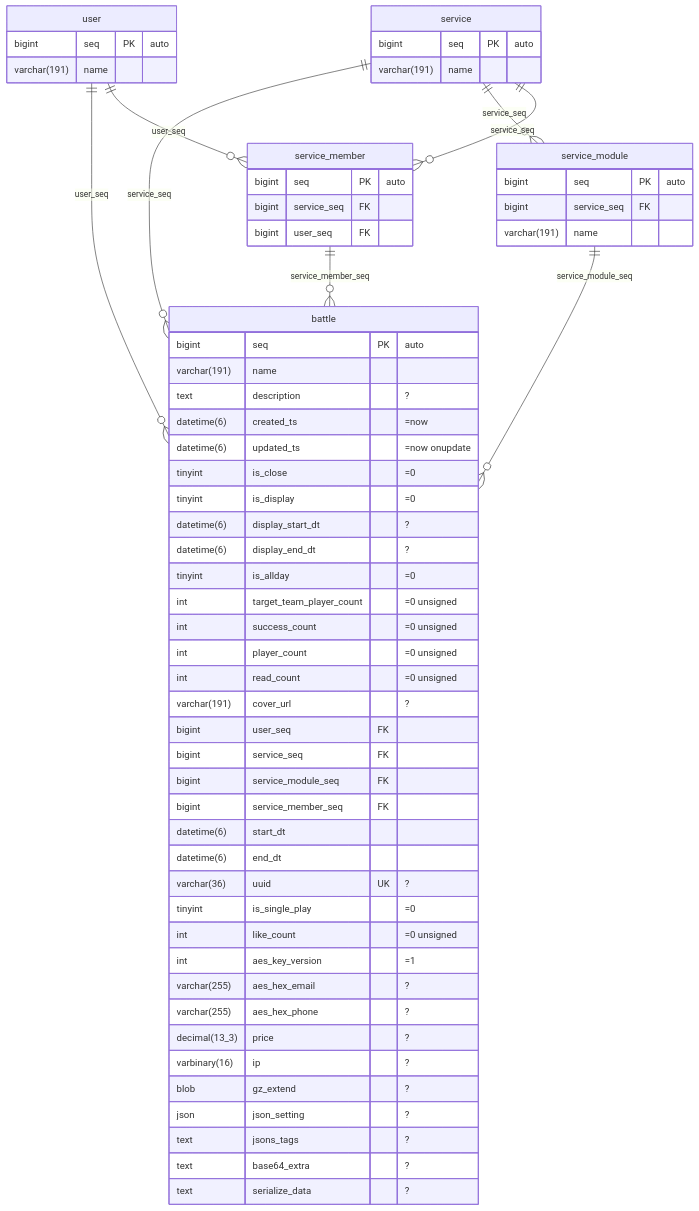
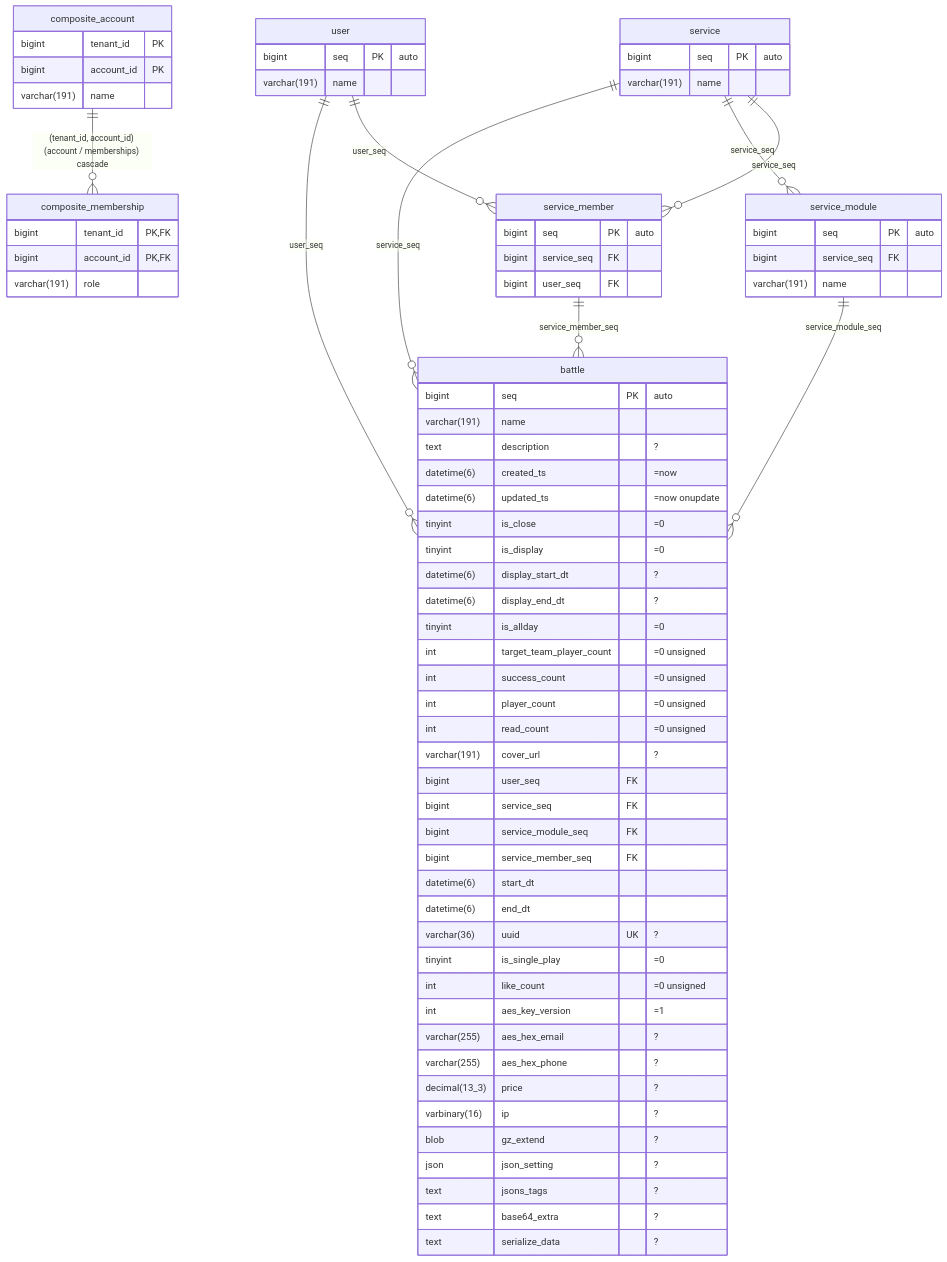
Before and after one commit to polyspec/orm: the diagram in schema/bench.mmd, drawn with Mermaid. The commit also changed 85 other files, not shown here.

```diff
--- a/schema/bench.mmd
+++ b/schema/bench.mmd
@@ -1,71 +1,82 @@
 erDiagram
   battle {
     bigint        seq                      PK  "auto"
     varchar(191)  name
     text          description                  "?"
     datetime(6)   created_ts                   "=now"
     datetime(6)   updated_ts                   "=now onupdate"
     tinyint       is_close                     "=0"
     tinyint       is_display                   "=0"
     datetime(6)   display_start_dt             "?"
     datetime(6)   display_end_dt               "?"
     tinyint       is_allday                    "=0"
     int           target_team_player_count     "=0 unsigned"
     int           success_count                "=0 unsigned"
     int           player_count                 "=0 unsigned"
     int           read_count                   "=0 unsigned"
     varchar(191)  cover_url                    "?"
     bigint        user_seq                 FK
     bigint        service_seq              FK
     bigint        service_module_seq       FK
     bigint        service_member_seq       FK
     datetime(6)   start_dt
     datetime(6)   end_dt
     varchar(36)   uuid                     UK  "?"
     tinyint       is_single_play               "=0"
     int           like_count                   "=0 unsigned"
     int           aes_key_version              "=1"
     varchar(255)  aes_hex_email                "?"
     varchar(255)  aes_hex_phone                "?"
     decimal(13_3) price                        "?"
     varbinary(16) ip                           "?"
     blob          gz_extend                    "?"
     json          json_setting                 "?"
     text          jsons_tags                   "?"
     text          base64_extra                 "?"
     text          serialize_data               "?"
   }
   user {
     bigint        seq   PK "auto"
     varchar(191)  name
   }
   service {
     bigint        seq   PK "auto"
     varchar(191)  name
   }
   service_module {
     bigint        seq   PK "auto"
     bigint        service_seq FK
     varchar(191)  name
   }
   service_member {
     bigint        seq   PK "auto"
     bigint        service_seq FK
     bigint        user_seq    FK
   }
+  composite_account {
+    bigint        tenant_id PK
+    bigint        account_id PK
+    varchar(191)  name
+  }
+  composite_membership {
+    bigint        tenant_id PK, FK
+    bigint        account_id PK, FK
+    varchar(191)  role
+  }
 
   user           ||--o{ battle         : user_seq
   service        ||--o{ battle         : service_seq
   service_module ||--o{ battle         : service_module_seq
   service_member ||--o{ battle         : service_member_seq
   service        ||--o{ service_module : service_seq
   service        ||--o{ service_member : service_seq
   user           ||--o{ service_member : user_seq
+  composite_account ||--o{ composite_membership : "(tenant_id, account_id) (account / memberships) cascade"
 
   %% index battle (service_module_seq, is_close, is_display, is_allday) ik
   %% index battle (service_seq, is_close) ix_service
   %% index battle (user_seq, is_close) ix_user
   %% scope battle service_seq
   %% fulltext battle (name, description)
   %% predicate battle visible : `is_close` = FALSE AND `is_display` = TRUE
   %% predicate battle started_after : `start_dt` > ?
```
